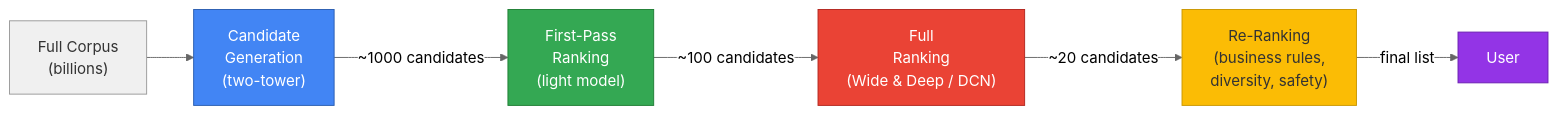
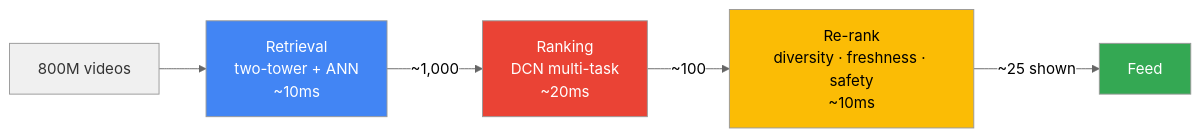
Before and after one commit to Hmago/ml4: the second of 2 diagrams in content/26_ml_system_design.md, drawn with Mermaid (neutral theme). The commit also changed other lines of this file and 40 other files, not shown here.

````diff
--- a/content/26_ml_system_design.md
+++ b/content/26_ml_system_design.md
@@ -560,15 +196,12 @@
 ```mermaid
 flowchart LR
-    A["Full Corpus\n(billions)"] --> B["Candidate\nGeneration\n(two-tower)"]
-    B -->|"~1000 candidates"| C["First-Pass\nRanking\n(light model)"]
-    C -->|"~100 candidates"| D["Full\nRanking\n(Wide & Deep / DCN)"]
-    D -->|"~20 candidates"| E["Re-Ranking\n(business rules,\ndiversity, safety)"]
-    E -->|"final list"| F["User"]
-
-    style A fill:#f0f0f0,color:#333,stroke:#999
-    style B fill:#4285F4,color:#fff,stroke:#2a5db0
-    style C fill:#34A853,color:#fff,stroke:#1e7e34
-    style D fill:#EA4335,color:#fff,stroke:#b3261e
-    style E fill:#FBBC05,color:#333,stroke:#c99700
-    style F fill:#9334E6,color:#fff,stroke:#6a1fb0
+    A["800M videos"] --> B["Retrieval<br/>two-tower + ANN<br/>~10ms"]
+    B -->|"~1,000"| C["Ranking<br/>DCN multi-task<br/>~20ms"]
+    C -->|"~100"| D["Re-rank<br/>diversity · freshness · safety<br/>~10ms"]
+    D -->|"~25 shown"| E["Feed"]
+    style A fill:#f0f0f0,color:#333
+    style B fill:#4285F4,color:#fff
+    style C fill:#EA4335,color:#fff
+    style D fill:#FBBC05,color:#000
+    style E fill:#34A853,color:#fff
 ```
````
